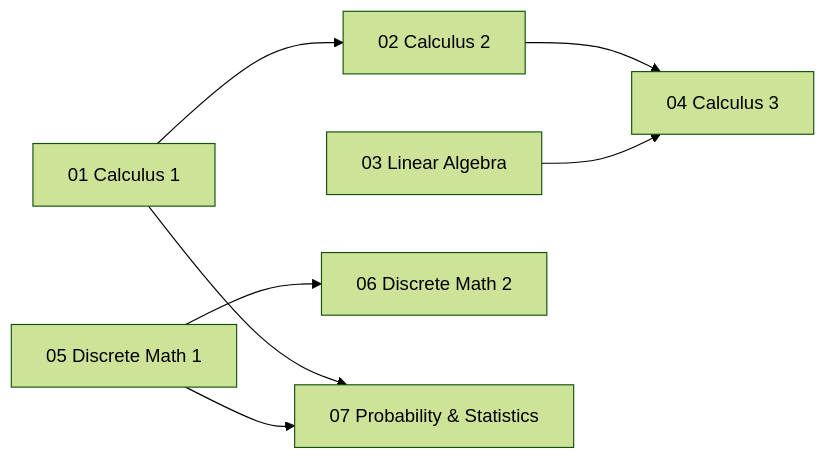
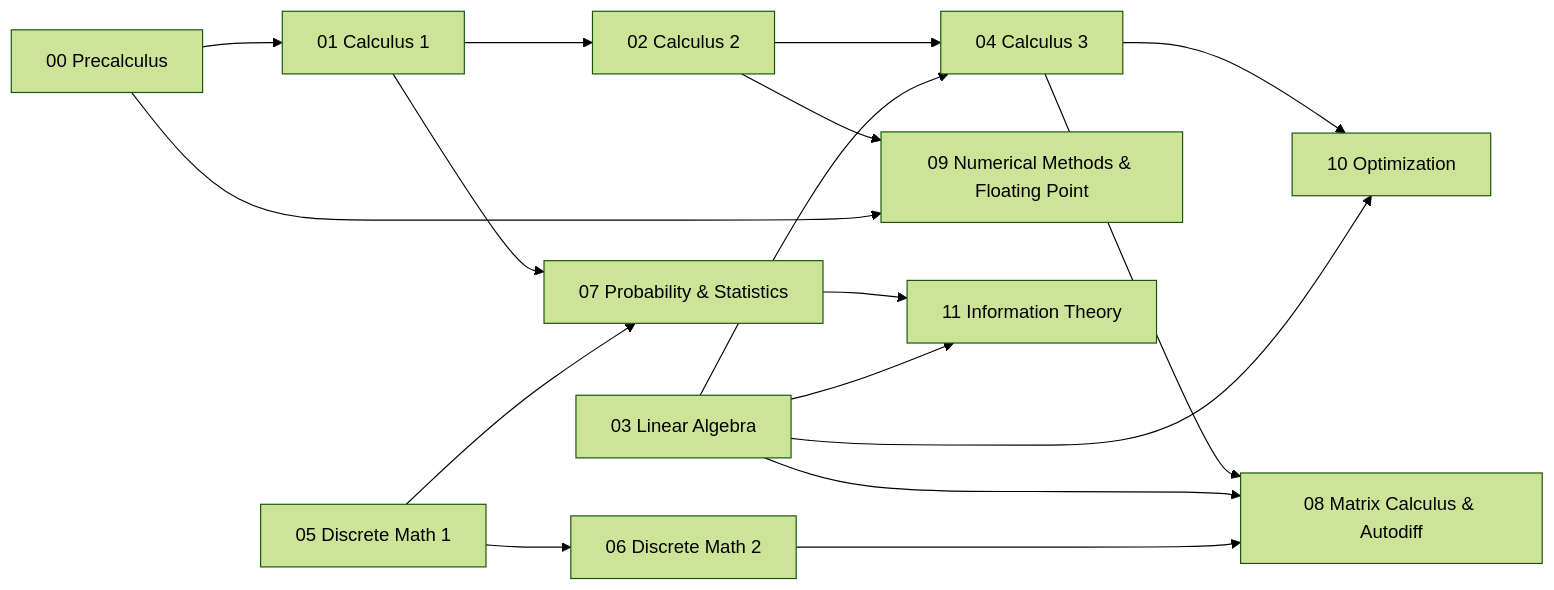
One commit to urmzd/supersource changed the diagram in math/README.md. Above: the diagram before and after it, drawn with Mermaid (forest theme). The commit also changed other lines of this file and 2080 other files, not shown here.

````diff
--- a/math/README.md
+++ b/math/README.md
@@ -11,9 +14,19 @@
 ```mermaid
 graph LR
+    PC[00 Precalculus] --> C1
     C1[01 Calculus 1] --> C2[02 Calculus 2]
     C2 --> C3[04 Calculus 3]
     LA[03 Linear Algebra] --> C3
     D1[05 Discrete Math 1] --> D2[06 Discrete Math 2]
     C1 --> PS[07 Probability & Statistics]
     D1 --> PS
+    C3 --> MC[08 Matrix Calculus & Autodiff]
+    LA --> MC
+    D2 --> MC
+    C2 --> NM[09 Numerical Methods & Floating Point]
+    PC --> NM
+    C3 --> OPT[10 Optimization]
+    LA --> OPT
+    PS --> IT[11 Information Theory]
+    LA --> IT
 ```
````
